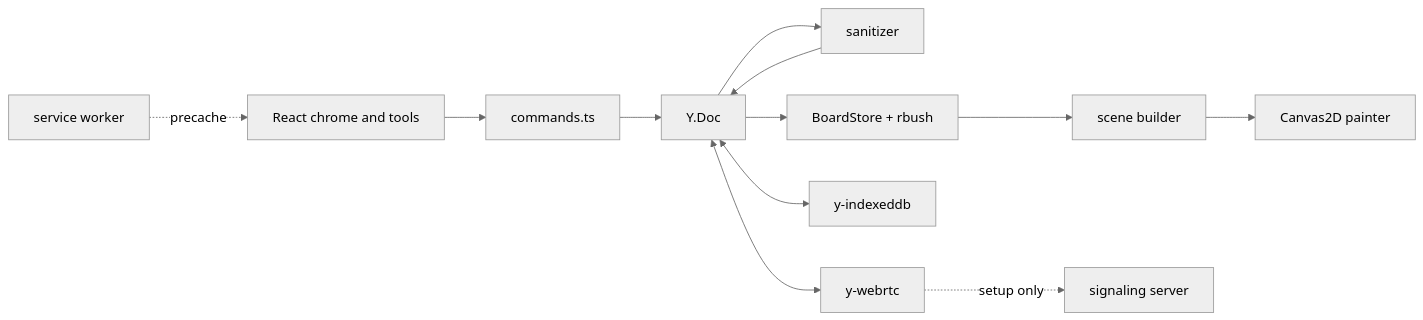
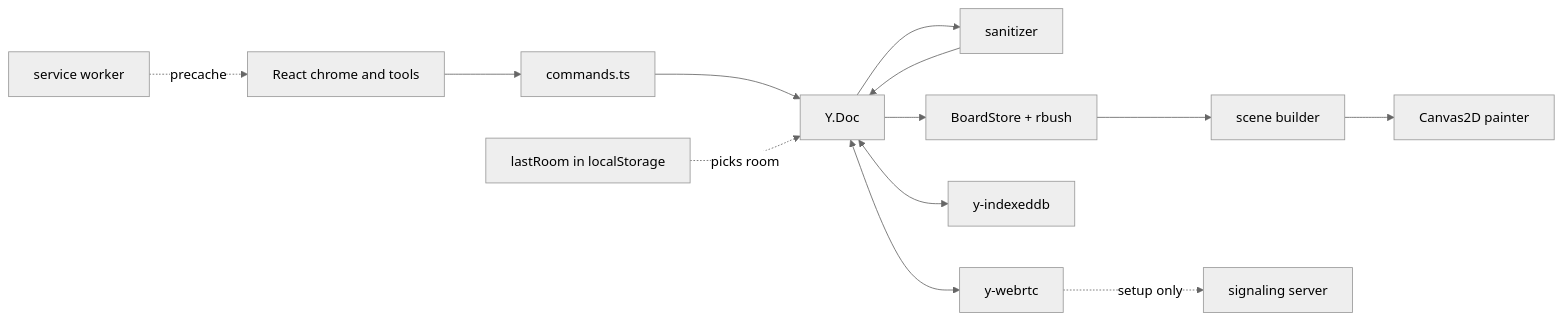
Before and after one commit to sathwikbairaboina2/whiteboard: the diagram in docs/DEVDOCS.md, drawn with Mermaid (neutral theme). The commit also changed other lines of this file and 3 other files, not shown here.

````diff
--- a/docs/DEVDOCS.md
+++ b/docs/DEVDOCS.md
@@ -25,14 +32,15 @@
 ```mermaid
 flowchart LR
   UI[React chrome and tools] --> CMD[commands.ts]
   CMD --> DOC[Y.Doc]
   DOC --> SAN[sanitizer]
   SAN --> DOC
   DOC --> STORE[BoardStore + rbush]
   STORE --> SCENE[scene builder]
   SCENE --> PAINT[Canvas2D painter]
   DOC <--> IDB[y-indexeddb]
   DOC <--> RTC[y-webrtc]
   RTC -. setup only .-> SIG[signaling server]
+  LAST[lastRoom in localStorage] -. picks room .-> DOC
   SW[service worker] -. precache .-> UI
 ```
````
